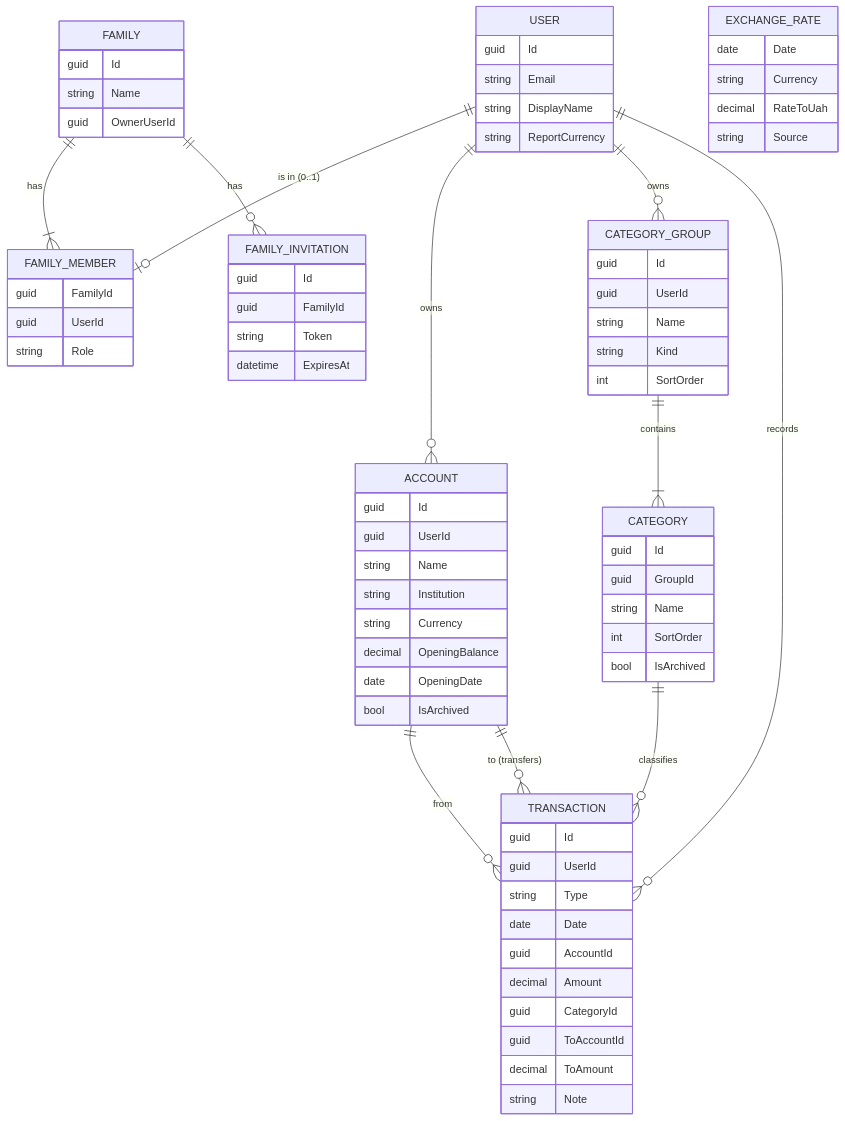
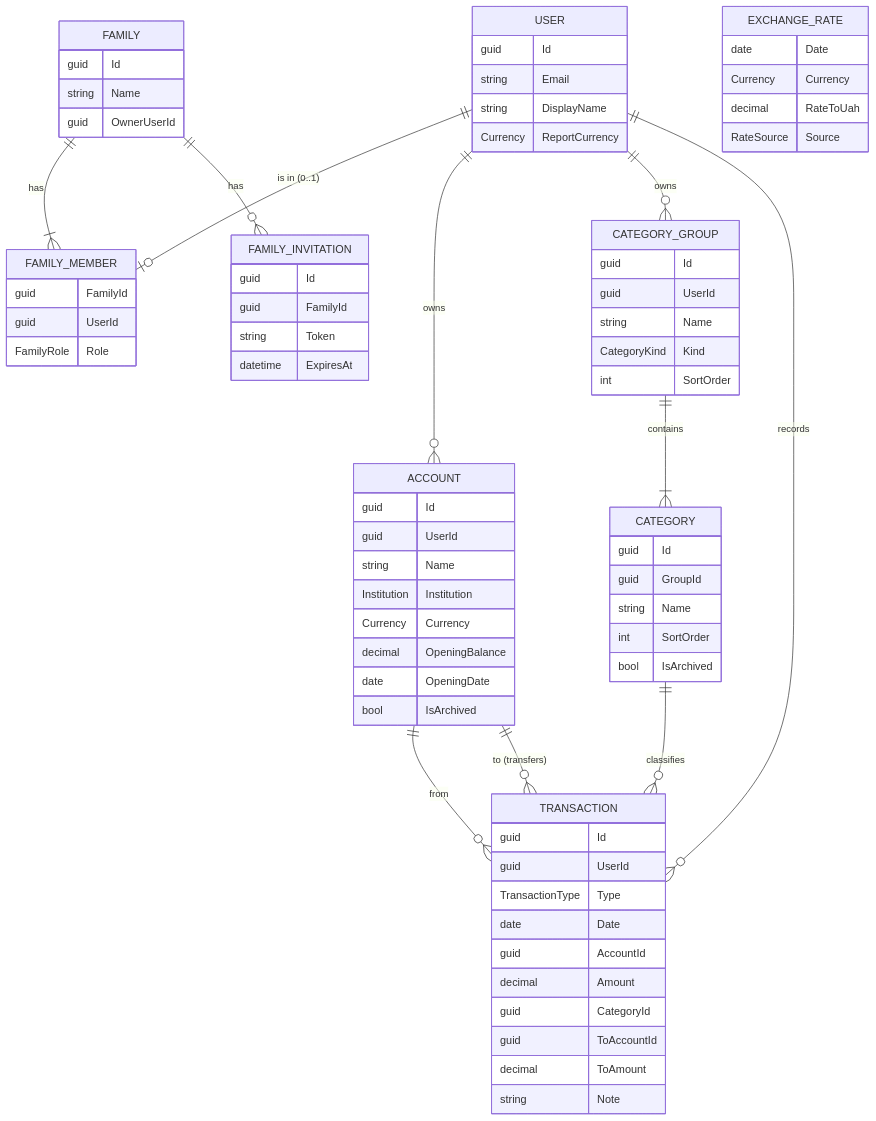
The second of 3 diagrams in docs/ARCHITECTURE.md (yuliaBiriukova/PupBudgetPlanner), drawn with Mermaid before and after one commit. The commit also changed other lines of this file, not shown here.

````diff
--- a/docs/ARCHITECTURE.md
+++ b/docs/ARCHITECTURE.md
@@ -83,24 +83,24 @@
 ```mermaid
 erDiagram
     USER ||--o| FAMILY_MEMBER : "is in (0..1)"
     FAMILY ||--|{ FAMILY_MEMBER : has
     FAMILY ||--o{ FAMILY_INVITATION : has
     USER ||--o{ ACCOUNT : owns
     USER ||--o{ CATEGORY_GROUP : owns
     CATEGORY_GROUP ||--|{ CATEGORY : contains
     USER ||--o{ TRANSACTION : records
     ACCOUNT ||--o{ TRANSACTION : "from"
     ACCOUNT ||--o{ TRANSACTION : "to (transfers)"
     CATEGORY ||--o{ TRANSACTION : "classifies"
     EXCHANGE_RATE
 
-    USER { guid Id string Email string DisplayName string ReportCurrency }
+    USER { guid Id string Email string DisplayName Currency ReportCurrency }
     FAMILY { guid Id string Name guid OwnerUserId }
-    FAMILY_MEMBER { guid FamilyId guid UserId string Role }
+    FAMILY_MEMBER { guid FamilyId guid UserId FamilyRole Role }
     FAMILY_INVITATION { guid Id guid FamilyId string Token datetime ExpiresAt }
-    ACCOUNT { guid Id guid UserId string Name string Institution string Currency decimal OpeningBalance date OpeningDate bool IsArchived }
-    CATEGORY_GROUP { guid Id guid UserId string Name string Kind int SortOrder }
+    ACCOUNT { guid Id guid UserId string Name Institution Institution Currency Currency decimal OpeningBalance date OpeningDate bool IsArchived }
+    CATEGORY_GROUP { guid Id guid UserId string Name CategoryKind Kind int SortOrder }
     CATEGORY { guid Id guid GroupId string Name int SortOrder bool IsArchived }
-    TRANSACTION { guid Id guid UserId string Type date Date guid AccountId decimal Amount guid CategoryId guid ToAccountId decimal ToAmount string Note }
-    EXCHANGE_RATE { date Date string Currency decimal RateToUah string Source }
+    TRANSACTION { guid Id guid UserId TransactionType Type date Date guid AccountId decimal Amount guid CategoryId guid ToAccountId decimal ToAmount string Note }
+    EXCHANGE_RATE { date Date Currency Currency decimal RateToUah RateSource Source }
 ```
````
